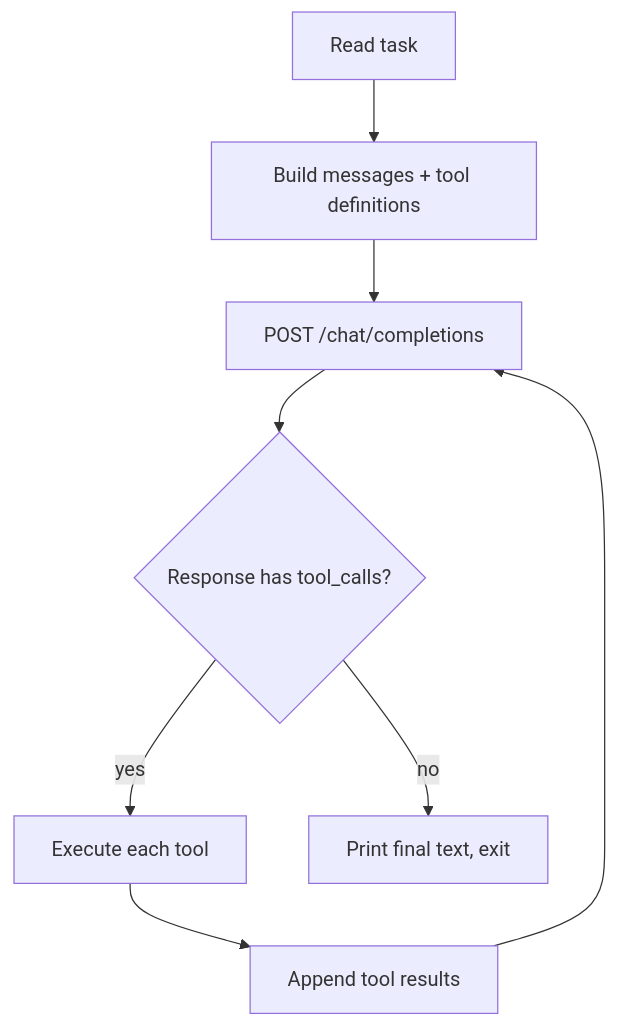
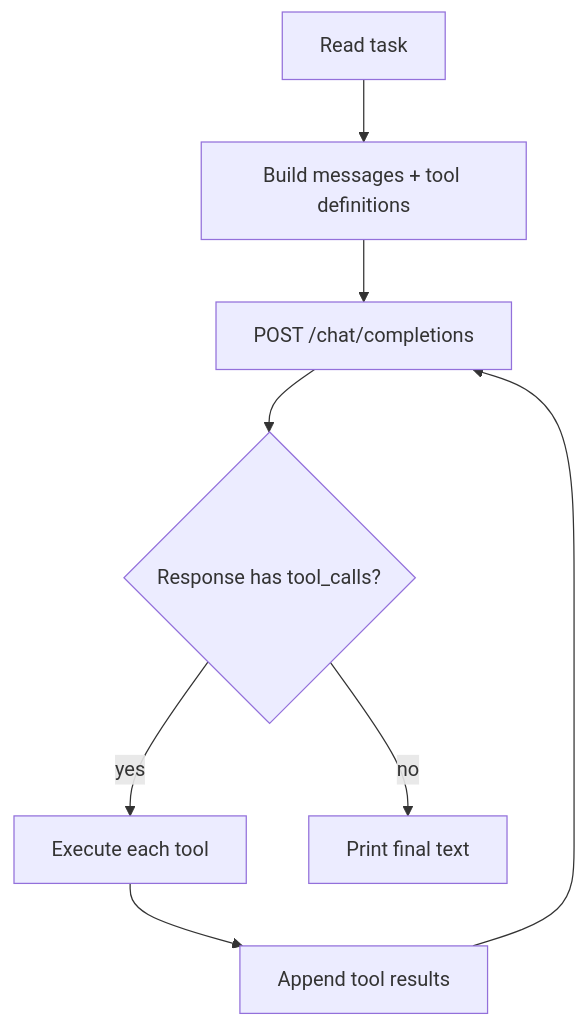
Before and after one commit to xmeadow/igor: the diagram in README.md, drawn with Mermaid. The commit also changed other lines of this file and 3 other files, not shown here.

````diff
--- a/README.md
+++ b/README.md
@@ -71,10 +77,10 @@
 ```mermaid
 flowchart TD
     A[Read task] --> B[Build messages + tool definitions]
     B --> C[POST /chat/completions]
     C --> D{Response has tool_calls?}
     D -- yes --> E[Execute each tool]
     E --> F[Append tool results]
     F --> C
-    D -- no --> G[Print final text, exit]
+    D -- no --> G[Print final text]
 ```
````
